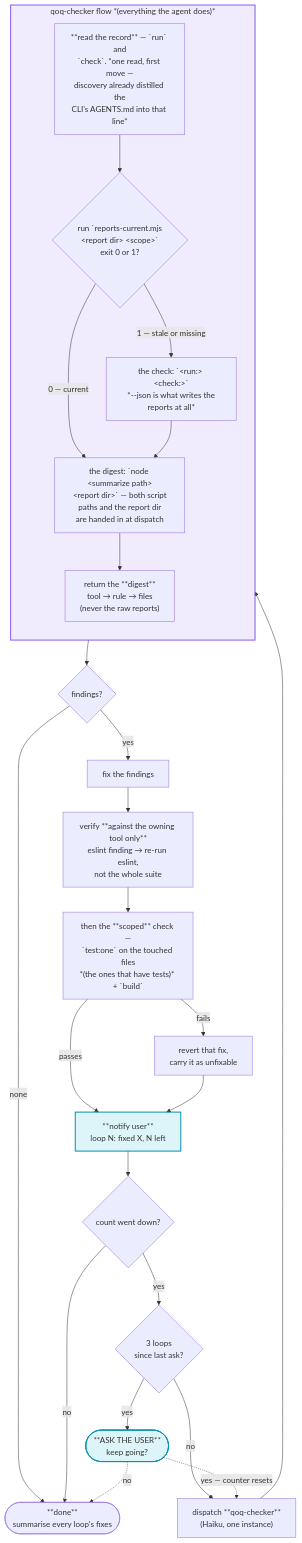
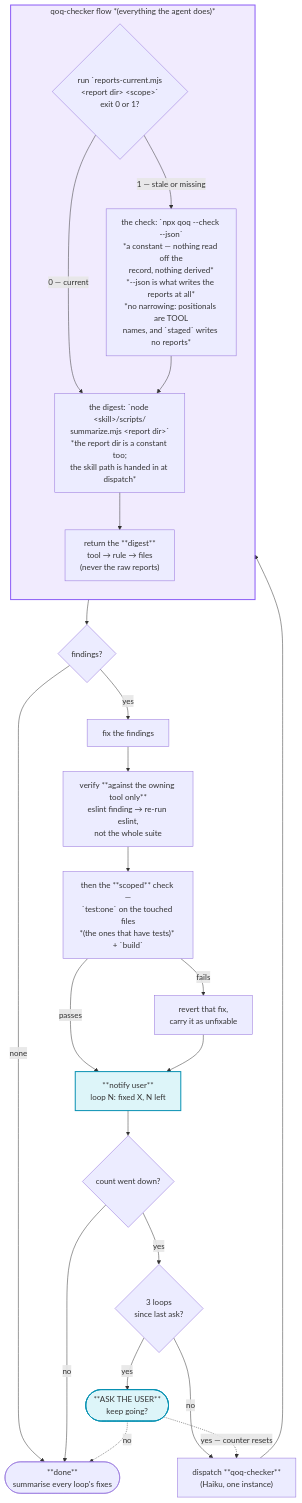
Before and after one commit to ladamczyk-it/qoq: the second of 9 diagrams in docs/qoq-workflows.md, drawn with Mermaid. The commit also changed other lines of this file and 22 other files, not shown here.

````diff
--- a/docs/qoq-workflows.md
+++ b/docs/qoq-workflows.md
@@ -143,38 +138,37 @@
 ```mermaid
 flowchart TD
     CHK["dispatch **qoq-checker**<br/>(Haiku, one instance)"]
 
     subgraph CHECKER["qoq-checker flow *(everything the agent does)*"]
         direction TB
-        C0["**read the record** — `run` and<br/>`check`. *one read, first move —<br/>discovery already distilled the<br/>CLI's AGENTS.md into that line*"]
-        C0 --> S{"run `reports-current.mjs<br/>&lt;report dir&gt; &lt;scope&gt;`<br/>exit 0 or 1?"}
-        S -->|"1 — stale or missing"| RUN["the check: `&lt;run:&gt; &lt;check:&gt;`<br/>*--json is what writes the<br/>reports at all*"]
-        S -->|"0 — current"| DIG
-        RUN --> DIG["the digest: `node &lt;summarize path&gt;<br/>&lt;report dir&gt;` — both script<br/>paths and the report dir<br/>are handed in at dispatch"]
+        C0{"run `reports-current.mjs<br/>&lt;report dir&gt; &lt;scope&gt;`<br/>exit 0 or 1?"}
+        C0 -->|"1 — stale or missing"| RUN["the check: `npx qoq --check --json`<br/>*a constant — nothing read off the<br/>record, nothing derived*<br/>*--json is what writes the reports at all*<br/>*no narrowing: positionals are TOOL<br/>names, and `staged` writes no reports*"]
+        C0 -->|"0 — current"| DIG
+        RUN --> DIG["the digest: `node &lt;skill&gt;/scripts/<br/>summarize.mjs &lt;report dir&gt;`<br/>*the report dir is a constant too;<br/>the skill path is handed in at dispatch*"]
         DIG --> SUM["return the **digest**<br/>tool → rule → files<br/>(never the raw reports)"]
     end
 
     CHK --> C0
     SUM --> ANY{"findings?"}
     ANY -->|none| OUT(["**done**<br/>summarise every loop's fixes"])
     ANY -->|yes| FIX["fix the findings"]
 
     FIX --> VERT["verify **against the owning tool only**<br/>eslint finding → re-run eslint,<br/>not the whole suite"]
     VERT --> VT["then the **scoped** check —<br/>`test:one` on the touched files<br/>*(the ones that have tests)* + `build`"]
     VT -->|fails| VREV["revert that fix,<br/>carry it as unfixable"]
     VT -->|passes| PROG
     VREV --> PROG["**notify user**<br/>loop N: fixed X, N left"]
     PROG --> STUCK{"count went down?"}
     STUCK -->|no| OUT
     STUCK -->|yes| BUDGET{"3 loops<br/>since last ask?"}
     BUDGET -->|no| CHK
     BUDGET -->|yes| PERM(["**ASK THE USER**<br/>keep going?"])
     PERM -.->|"yes — counter resets"| CHK
     PERM -.->|no| OUT
 
     classDef agent fill:#8b5cf61f,stroke:#8b5cf6,stroke-width:2px
     classDef user fill:#06b6d422,stroke:#0891b2,stroke-width:2px
 
     class CHECKER agent
     class PERM,PROG user
 ```
````
